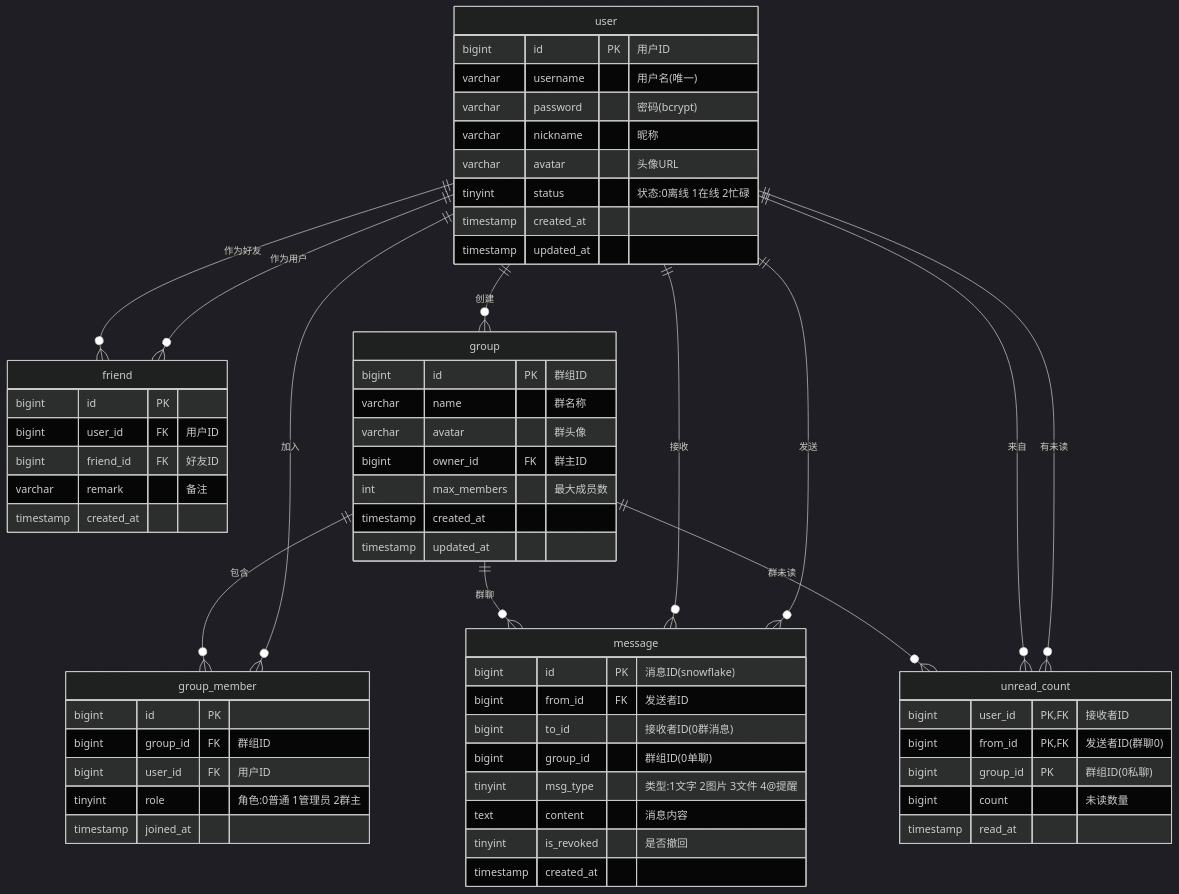
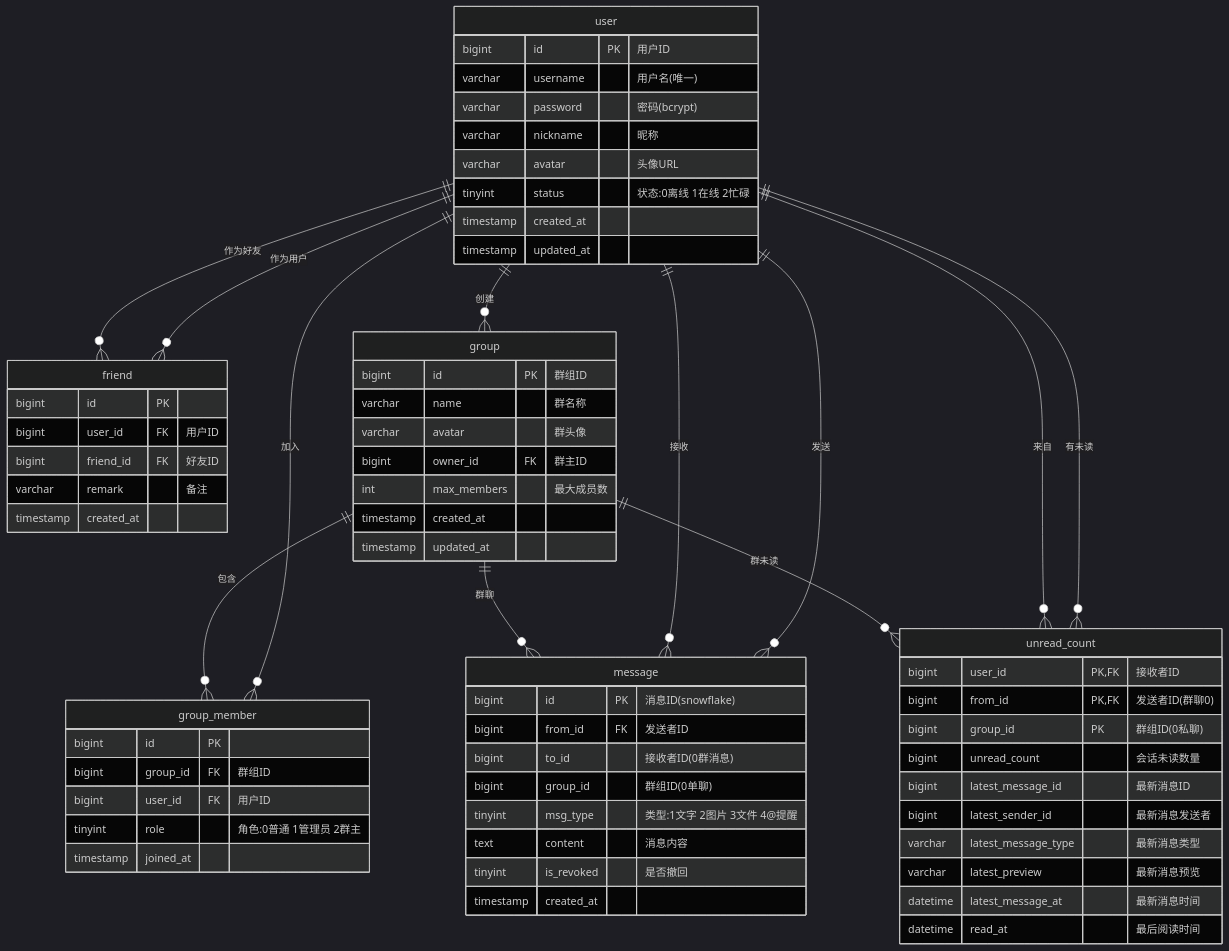
Before and after one commit to frigidom1024/IM: the diagram in docs/database.md, drawn with Mermaid (dark theme). The commit also changed other lines of this file and 61 other files, not shown here.

````diff
--- a/docs/database.md
+++ b/docs/database.md
@@ -5,70 +5,75 @@
 ```mermaid
 erDiagram
     user ||--o{ friend : "作为用户"
     user ||--o{ friend : "作为好友"
     user ||--o{ group : "创建"
     user ||--o{ group_member : "加入"
     user ||--o{ message : "发送"
     user ||--o{ message : "接收"
     user ||--o{ unread_count : "有未读"
     user ||--o{ unread_count : "来自"
     group ||--o{ group_member : "包含"
     group ||--o{ message : "群聊"
     group ||--o{ unread_count : "群未读"
 
     user {
         bigint id PK "用户ID"
         varchar username "用户名(唯一)"
         varchar password "密码(bcrypt)"
         varchar nickname "昵称"
         varchar avatar "头像URL"
         tinyint status "状态:0离线 1在线 2忙碌"
         timestamp created_at
         timestamp updated_at
     }
 
     friend {
         bigint id PK
         bigint user_id FK "用户ID"
         bigint friend_id FK "好友ID"
         varchar remark "备注"
         timestamp created_at
     }
 
     group {
         bigint id PK "群组ID"
         varchar name "群名称"
         varchar avatar "群头像"
         bigint owner_id FK "群主ID"
         int max_members "最大成员数"
         timestamp created_at
         timestamp updated_at
     }
 
     group_member {
         bigint id PK
         bigint group_id FK "群组ID"
         bigint user_id FK "用户ID"
         tinyint role "角色:0普通 1管理员 2群主"
         timestamp joined_at
     }
 
     message {
         bigint id PK "消息ID(snowflake)"
         bigint from_id FK "发送者ID"
         bigint to_id "接收者ID(0群消息)"
         bigint group_id "群组ID(0单聊)"
         tinyint msg_type "类型:1文字 2图片 3文件 4@提醒"
         text content "消息内容"
         tinyint is_revoked "是否撤回"
         timestamp created_at
     }
 
     unread_count {
         bigint user_id PK,FK "接收者ID"
         bigint from_id PK,FK "发送者ID(群聊0)"
         bigint group_id PK "群组ID(0私聊)"
-        bigint count "未读数量"
-        timestamp read_at
+        bigint unread_count "会话未读数量"
+        bigint latest_message_id "最新消息ID"
+        bigint latest_sender_id "最新消息发送者"
+        varchar latest_message_type "最新消息类型"
+        varchar latest_preview "最新消息预览"
+        datetime latest_message_at "最新消息时间"
+        datetime read_at "最后阅读时间"
     }
 ```
````
